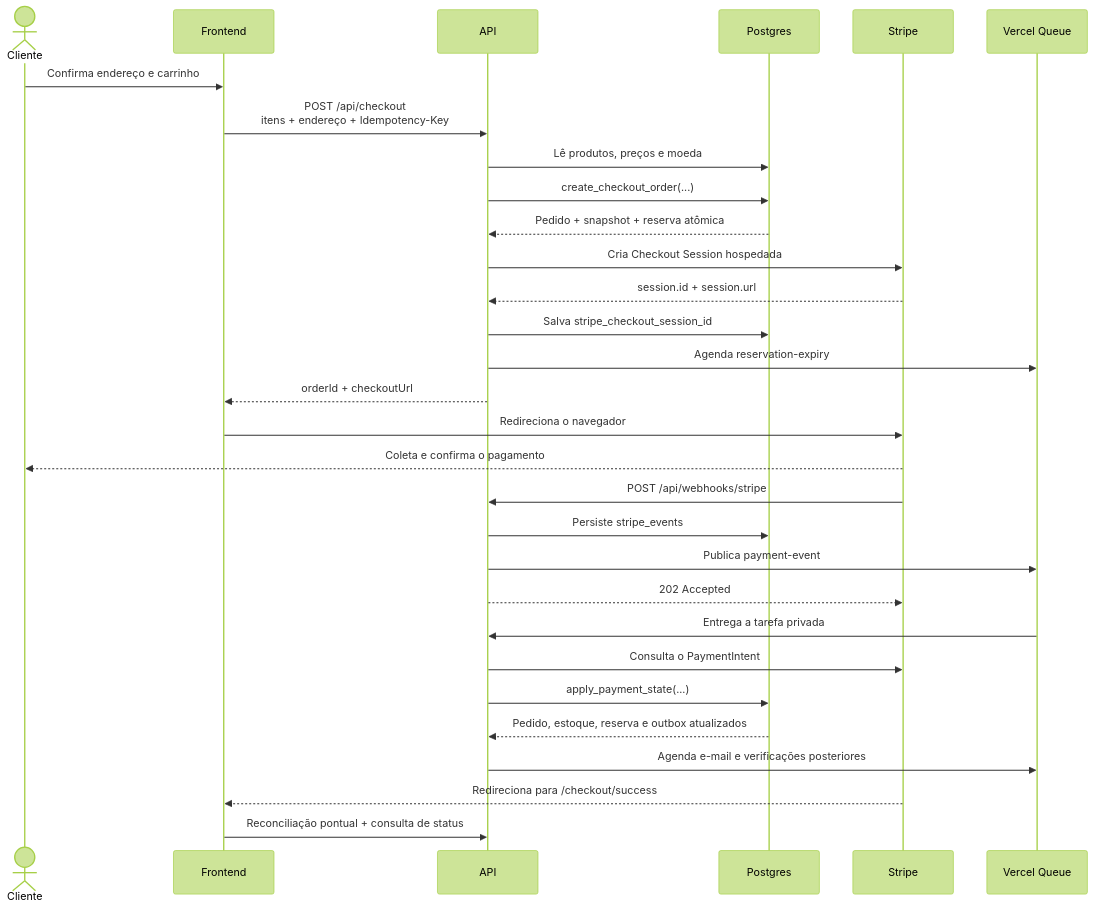
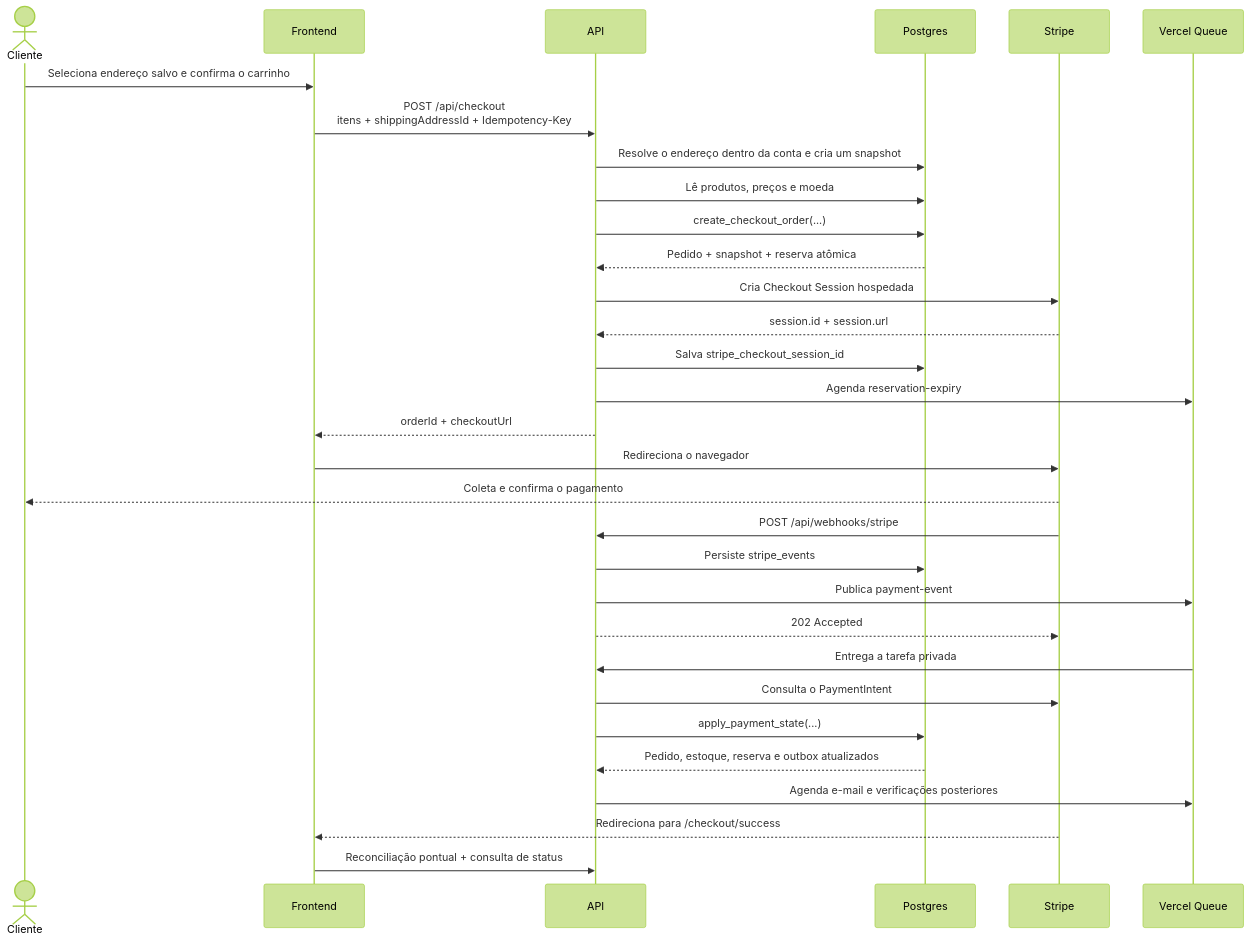
The second of 3 diagrams in ARQUITETURA.md (weltergab/e-comerce), drawn with Mermaid (forest theme) before and after one commit. The commit also changed other lines of this file and 18 other files, not shown here.

````diff
--- a/ARQUITETURA.md
+++ b/ARQUITETURA.md
@@ -149,33 +151,34 @@
 ```mermaid
 sequenceDiagram
     actor C as Cliente
     participant F as Frontend
     participant A as API
     participant D as Postgres
     participant S as Stripe
     participant Q as Vercel Queue
 
-    C->>F: Confirma endereço e carrinho
-    F->>A: POST /api/checkout<br/>itens + endereço + Idempotency-Key
+    C->>F: Seleciona endereço salvo e confirma o carrinho
+    F->>A: POST /api/checkout<br/>itens + shippingAddressId + Idempotency-Key
+    A->>D: Resolve o endereço dentro da conta e cria um snapshot
     A->>D: Lê produtos, preços e moeda
     A->>D: create_checkout_order(...)
     D-->>A: Pedido + snapshot + reserva atômica
     A->>S: Cria Checkout Session hospedada
     S-->>A: session.id + session.url
     A->>D: Salva stripe_checkout_session_id
     A->>Q: Agenda reservation-expiry
     A-->>F: orderId + checkoutUrl
     F->>S: Redireciona o navegador
     S-->>C: Coleta e confirma o pagamento
     S->>A: POST /api/webhooks/stripe
     A->>D: Persiste stripe_events
     A->>Q: Publica payment-event
     A-->>S: 202 Accepted
     Q->>A: Entrega a tarefa privada
     A->>S: Consulta o PaymentIntent
     A->>D: apply_payment_state(...)
     D-->>A: Pedido, estoque, reserva e outbox atualizados
     A->>Q: Agenda e-mail e verificações posteriores
     S-->>F: Redireciona para /checkout/success
     F->>A: Reconciliação pontual + consulta de status
 ```
````
